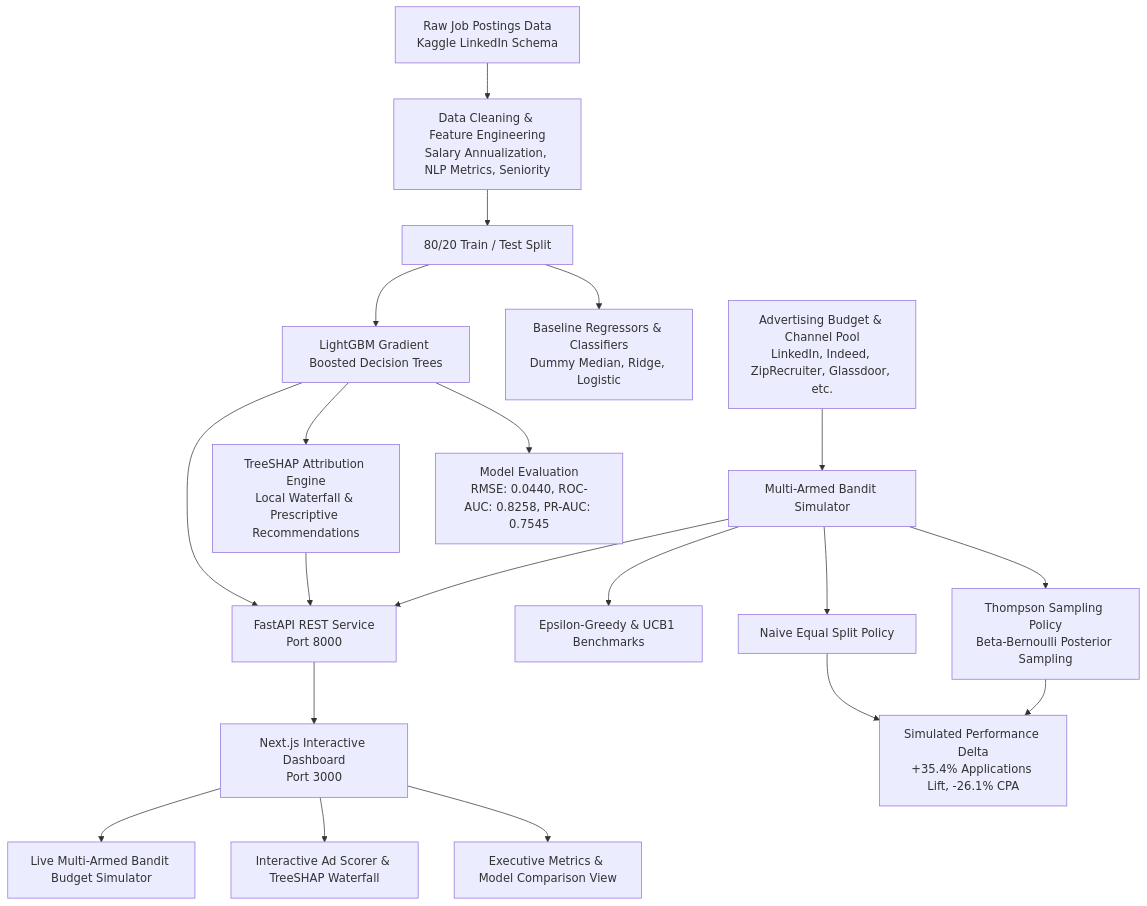
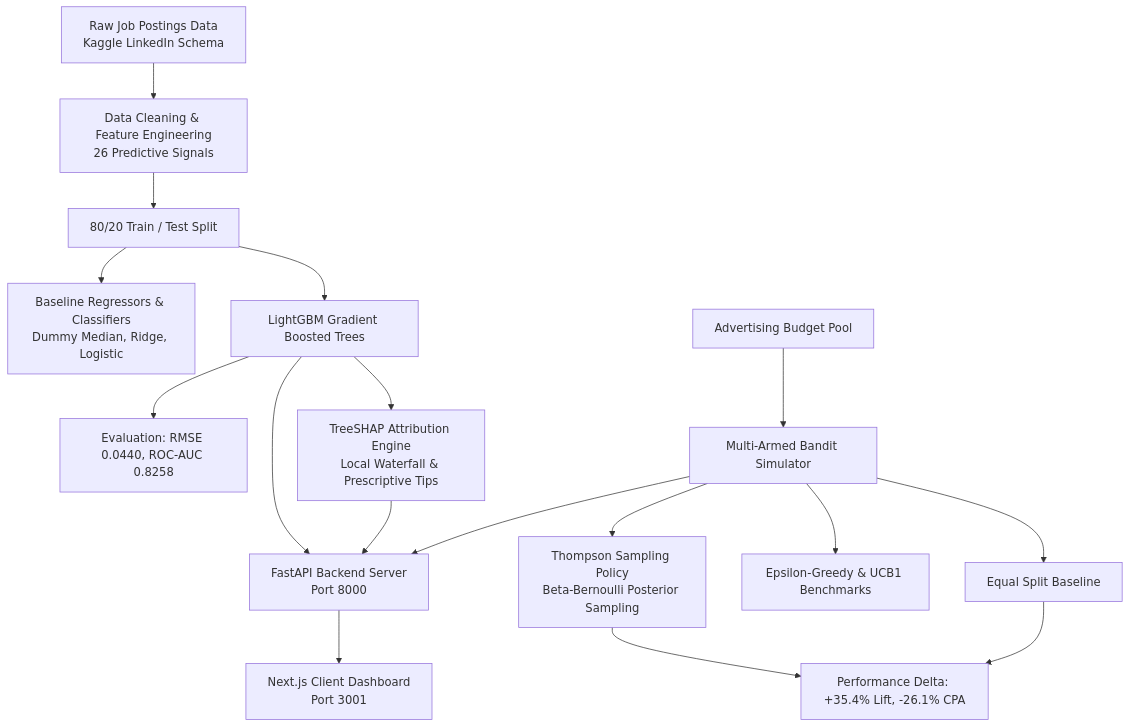
The diagram in README.md (gauravguptanoida19-bit/AdPilot-AI-Job-Ad-Performance-Predictor-Budget-Optimizer), drawn with Mermaid before and after one commit. The commit also changed other lines of this file and 79 other files, not shown here.

Commit message:
refactor(repo): structure repository into client, server, docs, and screenshots to match enterprise layout

````diff
--- a/README.md
+++ b/README.md
@@ -37,28 +71,22 @@
 ```mermaid
 graph TD
-    A[Raw Job Postings Data<br/>Kaggle LinkedIn Schema] --> B[Data Cleaning & Feature Engineering<br/>Salary Annualization, NLP Metrics, Seniority]
+    A[Raw Job Postings Data<br/>Kaggle LinkedIn Schema] --> B[Data Cleaning & Feature Engineering<br/>26 Predictive Signals]
     B --> C[80/20 Train / Test Split]
+    C --> D[Baseline Regressors & Classifiers<br/>Dummy Median, Ridge, Logistic]
+    C --> E[LightGBM Gradient Boosted Trees]
+    E --> F[Evaluation: RMSE 0.0440, ROC-AUC 0.8258]
+    E --> G[TreeSHAP Attribution Engine<br/>Local Waterfall & Prescriptive Tips]
     
-    C --> D[Baseline Regressors & Classifiers<br/>Dummy Median, Ridge, Logistic]
-    C --> E[LightGBM Gradient Boosted Decision Trees]
-    
-    E --> F[Model Evaluation<br/>RMSE: 0.0440, ROC-AUC: 0.8258, PR-AUC: 0.7545]
-    E --> G[TreeSHAP Attribution Engine<br/>Local Waterfall & Prescriptive Recommendations]
-    
-    H[Advertising Budget & Channel Pool<br/>LinkedIn, Indeed, ZipRecruiter, Glassdoor, etc.] --> I[Multi-Armed Bandit Simulator]
+    H[Advertising Budget Pool] --> I[Multi-Armed Bandit Simulator]
     I --> J[Thompson Sampling Policy<br/>Beta-Bernoulli Posterior Sampling]
-    I --> K[Naive Equal Split Policy]
+    I --> K[Equal Split Baseline]
     I --> L[Epsilon-Greedy & UCB1 Benchmarks]
-    
-    J --> M[Simulated Performance Delta<br/>+35.4% Applications Lift, -26.1% CPA]
+    J --> M[Performance Delta: +35.4% Lift, -26.1% CPA]
     K --> M
     
-    E --> N[FastAPI REST Service<br/>Port 8000]
+    E --> N[FastAPI Backend Server<br/>Port 8000]
     G --> N
     I --> N
     
-    N --> O[Next.js Interactive Dashboard<br/>Port 3000]
-    O --> P[Executive Metrics & Model Comparison View]
-    O --> Q[Interactive Ad Scorer & TreeSHAP Waterfall]
-    O --> R[Live Multi-Armed Bandit Budget Simulator]
+    N --> O[Next.js Client Dashboard<br/>Port 3001]
 ```
````
